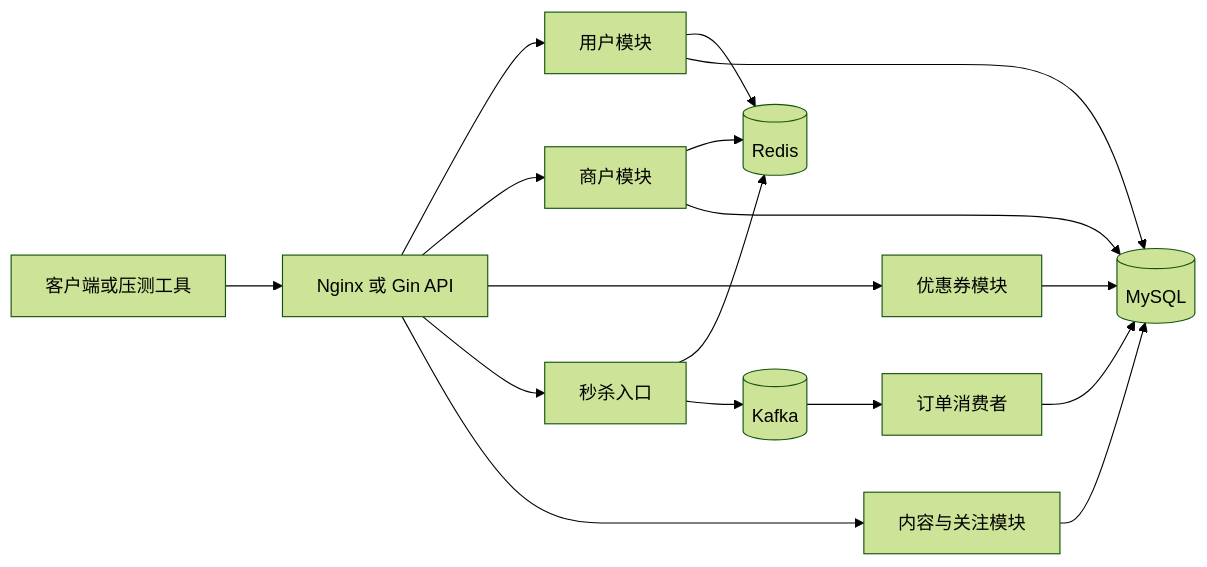
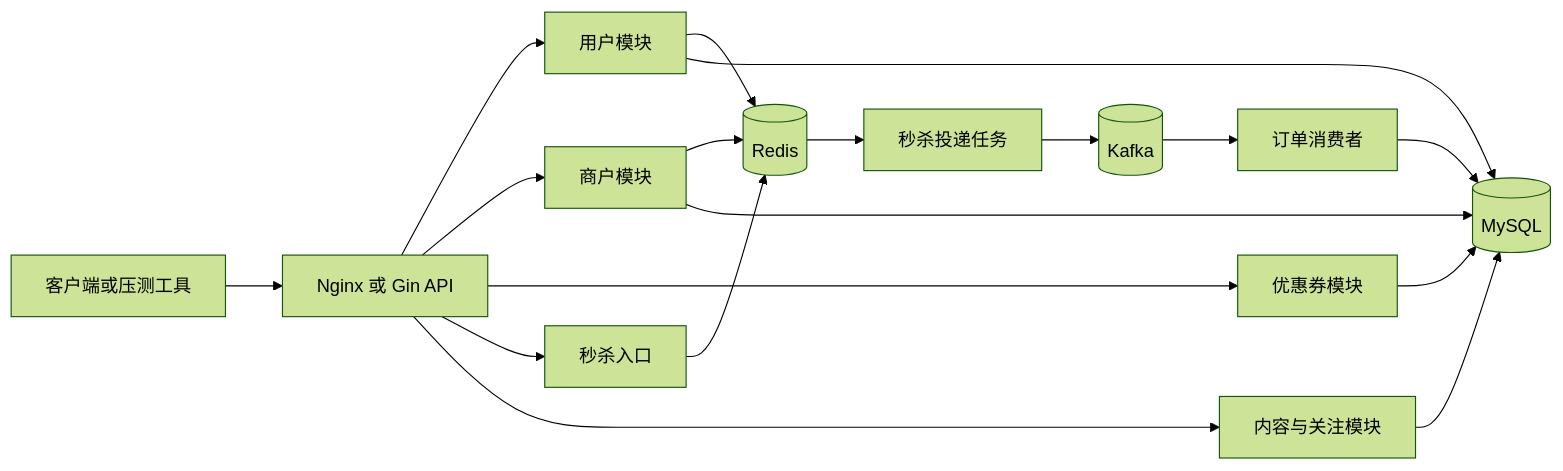
Before and after one commit to GengNSCUTer/local-life-service-platform-GO: the diagram in docs/01-go-architecture.md, drawn with Mermaid (forest theme). The commit also changed 13 other files, not shown here.

````diff
--- a/docs/01-go-architecture.md
+++ b/docs/01-go-architecture.md
@@ -7,19 +7,20 @@
 ```mermaid
 flowchart LR
     Client[客户端或压测工具] --> API[Nginx 或 Gin API]
     API --> User[用户模块]
     API --> Shop[商户模块]
     API --> Voucher[优惠券模块]
     API --> Seckill[秒杀入口]
     API --> Blog[内容与关注模块]
     User --> Redis[(Redis)]
     Shop --> Redis
     Seckill --> Redis
-    Seckill --> Kafka[(Kafka)]
+    Redis --> Relay[秒杀投递任务]
+    Relay --> Kafka[(Kafka)]
     User --> MySQL[(MySQL)]
     Shop --> MySQL
     Voucher --> MySQL
     Blog --> MySQL
     Kafka --> Worker[订单消费者]
     Worker --> MySQL
 ```
````
